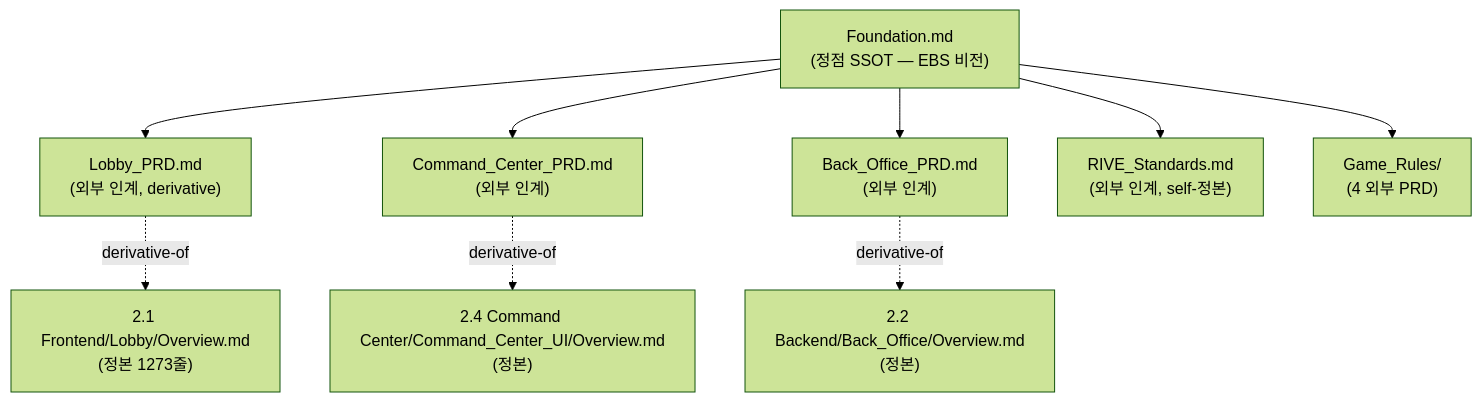
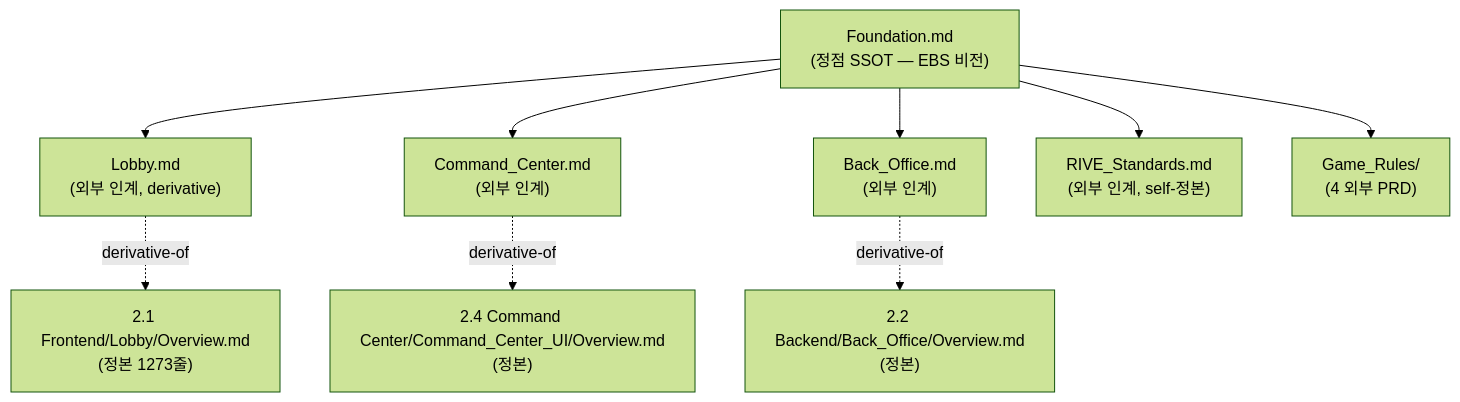
The first of 2 diagrams in docs/4. Operations/Causality_Dashboard.md (garimto81/ebs_github), drawn with Mermaid (forest theme) before and after one commit. The commit also changed other lines of this file and 74 other files, not shown here.

````diff
--- a/docs/4. Operations/Causality_Dashboard.md
+++ b/docs/4. Operations/Causality_Dashboard.md
@@ -28,23 +28,23 @@
 ```mermaid
 flowchart TD
     F["Foundation.md<br/>(정점 SSOT — EBS 비전)"]
-    L["Lobby_PRD.md<br/>(외부 인계, derivative)"]
-    C["Command_Center_PRD.md<br/>(외부 인계)"]
-    B["Back_Office_PRD.md<br/>(외부 인계)"]
+    L["Lobby.md<br/>(외부 인계, derivative)"]
+    C["Command_Center.md<br/>(외부 인계)"]
+    B["Back_Office.md<br/>(외부 인계)"]
     R["RIVE_Standards.md<br/>(외부 인계, self-정본)"]
     G["Game_Rules/<br/>(4 외부 PRD)"]
 
     F --> L
     F --> C
     F --> B
     F --> R
     F --> G
 
     LO["2.1 Frontend/Lobby/Overview.md<br/>(정본 1273줄)"]
     CO["2.4 Command Center/Command_Center_UI/Overview.md<br/>(정본)"]
     BO["2.2 Backend/Back_Office/Overview.md<br/>(정본)"]
 
     L -.derivative-of.-> LO
     C -.derivative-of.-> CO
     B -.derivative-of.-> BO
 ```
````
